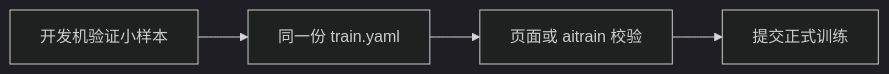
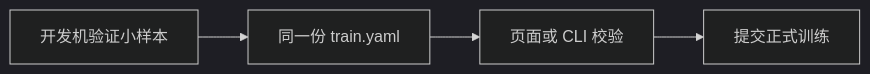
Before and after one commit to gqcn/ltp: the second of 2 diagrams in docs/大模型训练平台规划/3.1-开发环境与配置.md, drawn with Mermaid (dark theme). The commit also changed other lines of this file and 11 other files, not shown here.

````diff
--- a/docs/大模型训练平台规划/3.1-开发环境与配置.md
+++ b/docs/大模型训练平台规划/3.1-开发环境与配置.md
@@ -96,6 +96,6 @@
 ```mermaid
 flowchart LR
     A["开发机验证小样本"] --> B["同一份 train.yaml"]
-    B --> C["页面或 aitrain 校验"]
+    B --> C["页面或 CLI 校验"]
     C --> D["提交正式训练"]
 ```
````
